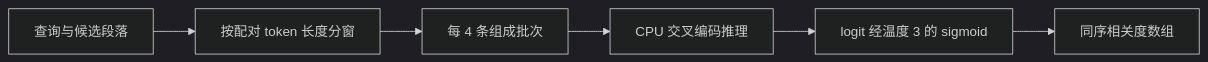
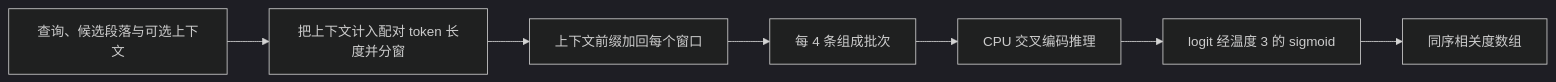
The diagram in .repo-review/knowledge/articles/a233324e0e4f61e7088ab978b0565708031545fcbf7cb5604645240e62f40614.md (lejunyang/omem), drawn with Mermaid (dark theme) before and after one commit. The commit also changed other lines of this file and 13 other files, not shown here.

````diff
--- a/.repo-review/knowledge/articles/a233324e0e4f61e7088ab978b0565708031545fcbf7cb5604645240e62f40614.md
+++ b/.repo-review/knowledge/articles/a233324e0e4f61e7088ab978b0565708031545fcbf7cb5604645240e62f40614.md
@@ -26,8 +26,9 @@
 ```mermaid
 flowchart LR
-  A[查询与候选段落] --> B[按配对 token 长度分窗]
-  B --> C[每 4 条组成批次]
-  C --> D[CPU 交叉编码推理]
-  D --> E[logit 经温度 3 的 sigmoid]
-  E --> F[同序相关度数组]
+  A[查询、候选段落与可选上下文] --> B[把上下文计入配对 token 长度并分窗]
+  B --> C[上下文前缀加回每个窗口]
+  C --> D[每 4 条组成批次]
+  D --> E[CPU 交叉编码推理]
+  E --> F[logit 经温度 3 的 sigmoid]
+  F --> G[同序相关度数组]
 ```
````
